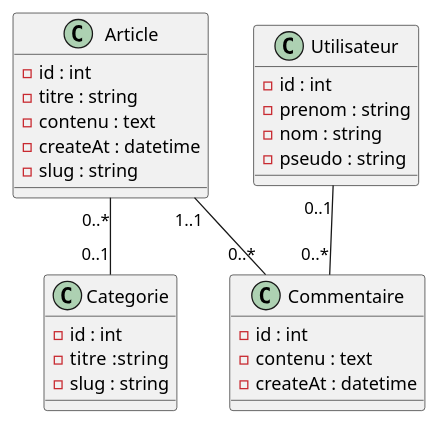
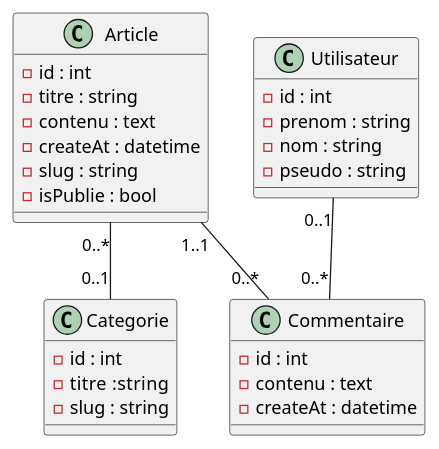
The diagram in documentation/diagramme de classes.puml (tvGuy2/lamy-blog-), drawn with PlantUML before and after one commit. The commit also changed 18 other files, not shown here.

```diff
--- a/documentation/diagramme de classes.puml
+++ b/documentation/diagramme de classes.puml
@@ -1,38 +1,39 @@
 @startuml
 
 
 
 class Article {
 - id : int
 - titre : string
 - contenu : text
 - createAt : datetime
 - slug : string
+- isPublie : bool
 }
 
 class Categorie {
 - id : int
 - titre  :string
 - slug : string
 }
 
 class Utilisateur {
 - id : int
 - prenom : string
 - nom : string
 - pseudo : string
 }
 
 class Commentaire {
 - id : int
 - contenu : text
 - createAt : datetime
 }
 
 
 Article "0..*" -- "0..1" Categorie
 Article "1..1" -- "0..*" Commentaire
 Utilisateur "0..1" -- "0..*" Commentaire
 
 
 @enduml
```
